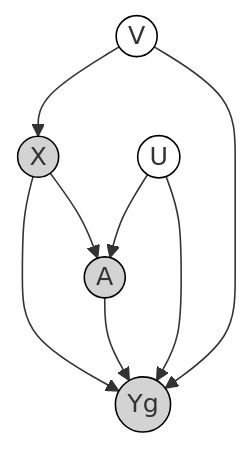
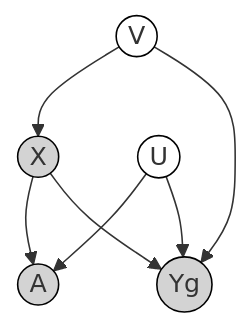
The third of 3 diagrams in cocoa/README.md (causalpathlab/legume-rs), drawn with Mermaid before and after one commit. The commit also changed other lines of this file, not shown here.

Commit message:
update dag with mermaid

````diff
--- a/cocoa/README.md
+++ b/cocoa/README.md
@@ -40,14 +56,13 @@
 ```mermaid
 graph TD
     V((V)) --> X((X))
-    V((V)) --> Y_g((Yg))
-    X((X)) --> Y_g((Yg))
+    V((V)) --> Yg((Yg))
     X((X)) --> A((A))
+    X((X)) --> Yg((Yg))
     U((U)) --> A((A))
-    U((U)) --> Y_g((Yg))
-    A((A)) --> Y_g((Yg))
+    U((U)) --> Yg((Yg))
     classDef open fill:#fff,stroke:#000
     classDef shaded fill:#d3d3d3,stroke:#000
     class V,U open
-    class X,A,Y_g shaded
+    class X,A,Yg shaded
 ```
````
